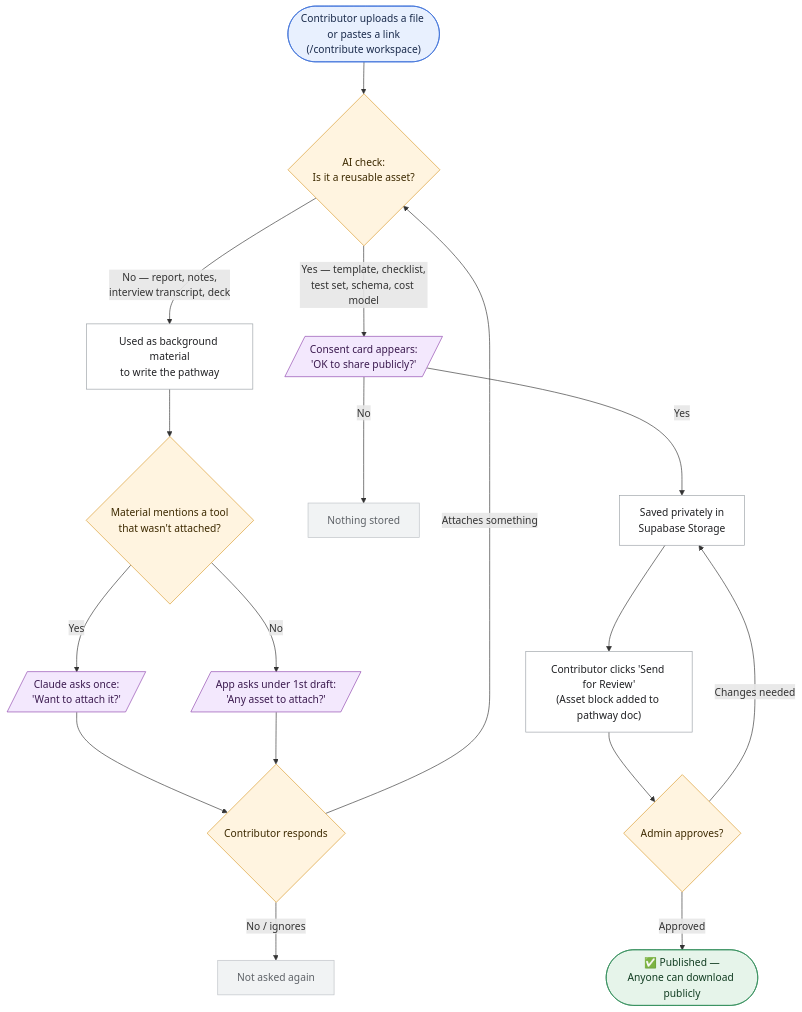
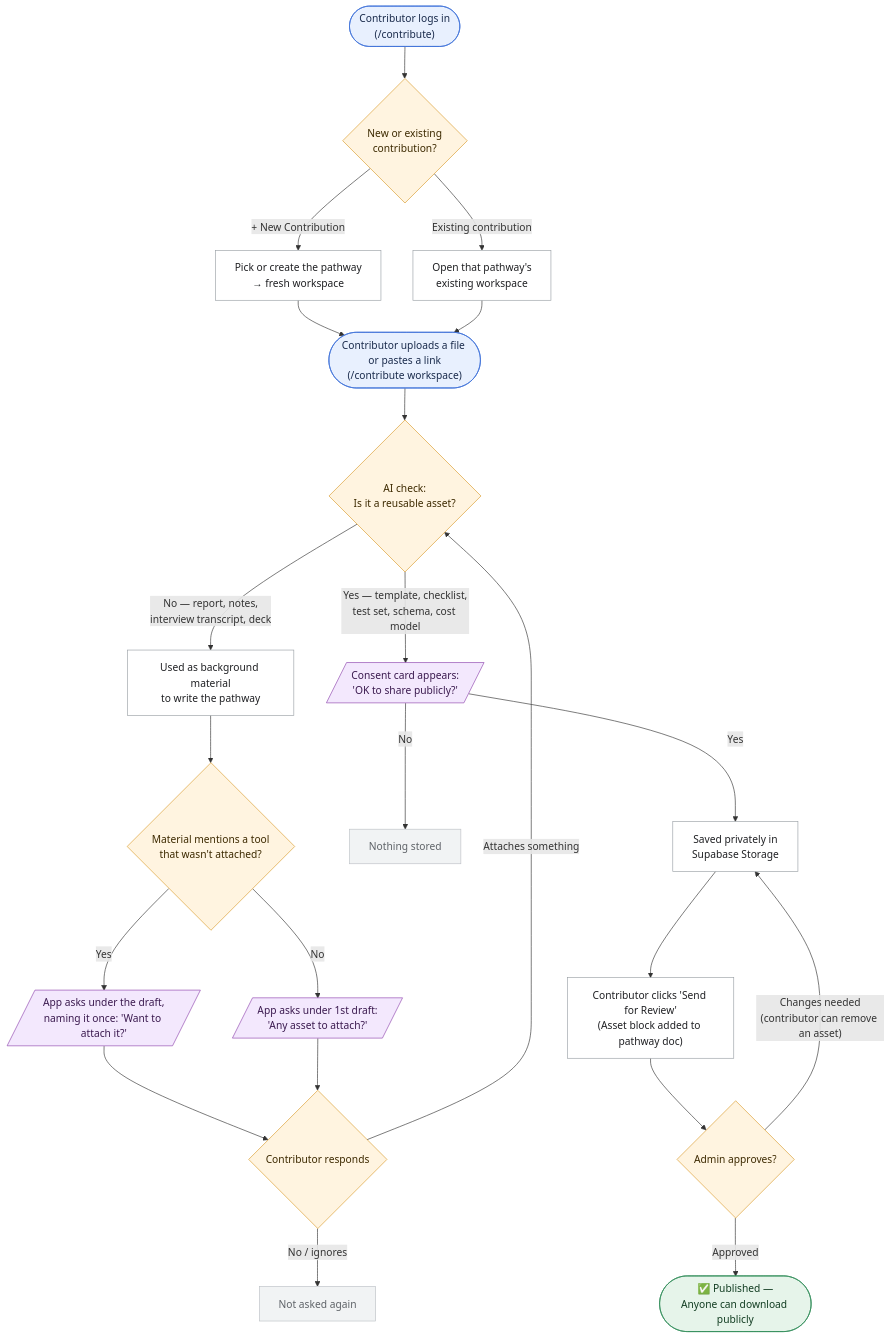
The first of 3 diagrams in docs/tasks/toolkit-asset-files/requirement.md (SwanandAI/diffusion-cube), drawn with Mermaid before and after one commit. The commit also changed other lines of this file and 12 other files, not shown here.

````diff
--- a/docs/tasks/toolkit-asset-files/requirement.md
+++ b/docs/tasks/toolkit-asset-files/requirement.md
@@ -74,37 +74,43 @@
 ```mermaid
 flowchart TD
+    S(["Contributor logs in<br/>(/contribute)"]) --> T{"New or existing<br/>contribution?"}
+    T -->|"+ New Contribution"| U["Pick or create the pathway<br/>→ fresh workspace"]
+    T -->|"Existing contribution"| V["Open that pathway's<br/>existing workspace"]
+    U --> A
+    V --> A
+
     A(["Contributor uploads a file or pastes a link<br/>(/contribute workspace)"]) --> B{"AI check:<br/>Is it a reusable asset?"}
 
     B -->|"No — report, notes,<br/>interview transcript, deck"| C["Used as background material<br/>to write the pathway"]
     B -->|"Yes — template, checklist,<br/>test set, schema, cost model"| D[/"Consent card appears:<br/>'OK to share publicly?'"/]
 
     C --> E{"Material mentions a tool<br/>that wasn't attached?"}
-    E -->|"Yes"| F[/"Claude asks once:<br/>'Want to attach it?'"/]
+    E -->|"Yes"| F[/"App asks under the draft,<br/>naming it once: 'Want to attach it?'"/]
     E -->|"No"| G[/"App asks under 1st draft:<br/>'Any asset to attach?'"/]
     F --> H{"Contributor responds"}
     G --> H
     H -->|"No / ignores"| I["Not asked again"]
     H -->|"Attaches something"| B
 
     D -->|"No"| J["Nothing stored"]
     D -->|"Yes"| K["Saved privately in<br/>Supabase Storage"]
 
     K --> L["Contributor clicks 'Send for Review'<br/>(Asset block added to pathway doc)"]
     L --> M{"Admin approves?"}
-    M -->|"Changes needed"| K
+    M -->|"Changes needed<br/>(contributor can remove an asset)"| K
     M -->|"Approved"| N(["✅ Published —<br/>Anyone can download publicly"])
 
     classDef start fill:#E8F0FE,stroke:#3B6FD8,color:#1A2B4C
     classDef decision fill:#FFF4E0,stroke:#D99A2B,color:#3D2A00
     classDef ask fill:#F3E8FD,stroke:#8E44AD,color:#3B1A4F
     classDef step fill:#FFFFFF,stroke:#9AA0A6,color:#202124
     classDef done fill:#E6F4EA,stroke:#2E8B57,color:#123D22
     classDef stop fill:#F1F3F4,stroke:#BDC1C6,color:#5F6368
 
-    class A start
-    class B,E,H,M decision
+    class S,A start
+    class T,B,E,H,M decision
     class D,F,G ask
-    class C,K,L step
+    class U,V,C,K,L step
     class N done
     class I,J stop
 ```
````
